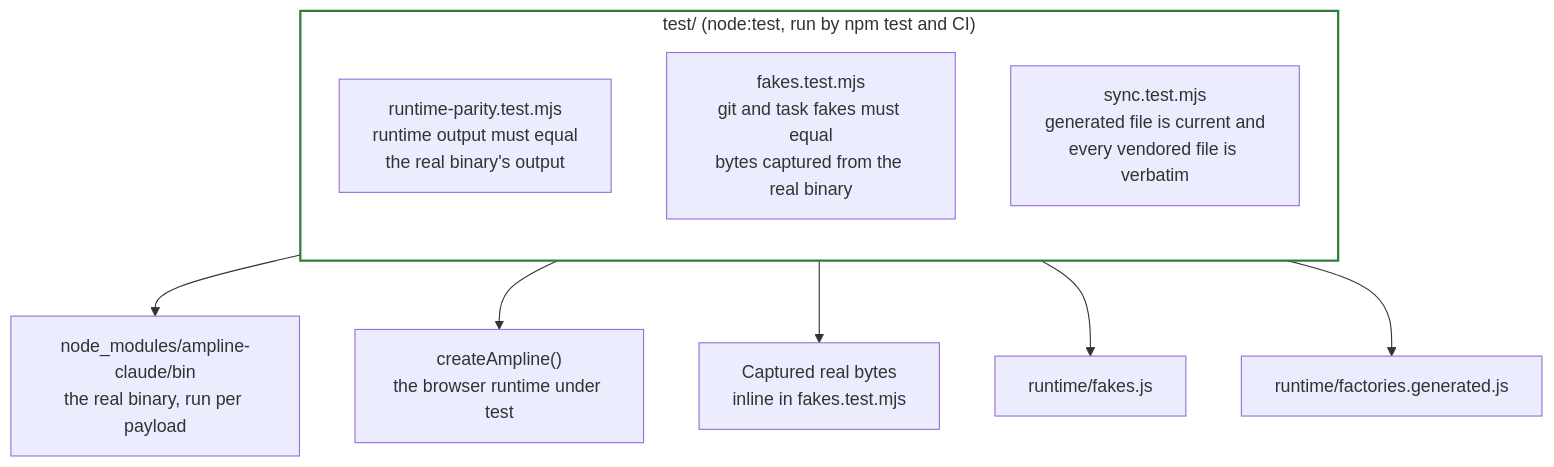
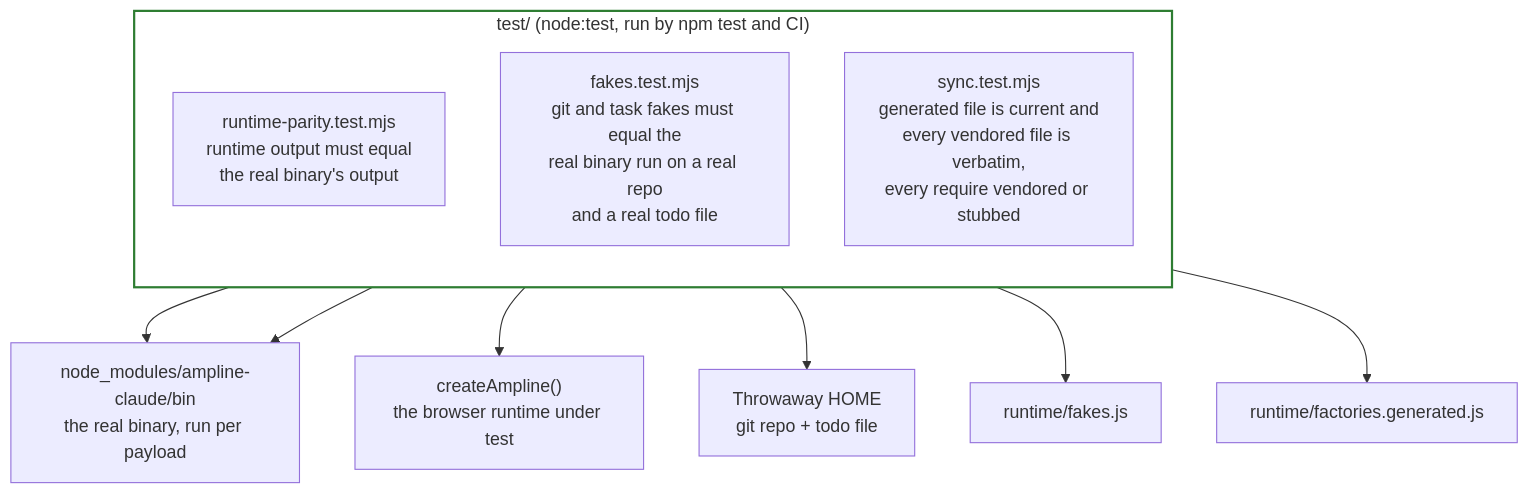
One commit to carterptull/ampline-website changed the second of 2 diagrams in diagrams/render-pipeline.md. Above: the diagram before and after it, drawn with Mermaid. The commit also changed other lines of this file and 4 other files, not shown here.

First line of the commit message:
fix: compare the git and task fakes with the real binary and keep the task fake in step

````diff
--- a/diagrams/render-pipeline.md
+++ b/diagrams/render-pipeline.md
@@ -61,23 +61,24 @@
 ```mermaid
 flowchart TB
     subgraph tests["test/ (node:test, run by npm test and CI)"]
         direction TB
         parity["runtime-parity.test.mjs<br/>runtime output must equal<br/>the real binary's output"]
-        fakes["fakes.test.mjs<br/>git and task fakes must equal<br/>bytes captured from the real binary"]
-        syncT["sync.test.mjs<br/>generated file is current and<br/>every vendored file is verbatim"]
+        fakes["fakes.test.mjs<br/>git and task fakes must equal the<br/>real binary run on a real repo<br/>and a real todo file"]
+        syncT["sync.test.mjs<br/>generated file is current and<br/>every vendored file is verbatim,<br/>every require vendored or stubbed"]
     end
 
     bin["node_modules/ampline-claude/bin<br/>the real binary, run per payload"]
     rt["createAmpline()<br/>the browser runtime under test"]
-    cap["Captured real bytes<br/>inline in fakes.test.mjs"]
+    fix["Throwaway HOME<br/>git repo + todo file"]
     fk["runtime/fakes.js"]
     gen["runtime/factories.generated.js"]
 
     parity --> bin
     parity --> rt
-    fakes --> cap
+    fakes --> fix
+    fakes --> bin
     fakes --> fk
     syncT --> gen
 
     style tests fill:transparent,stroke:#2E7D32,stroke-width:2px
 ```
````
